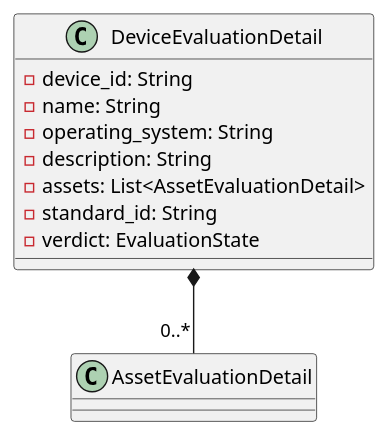
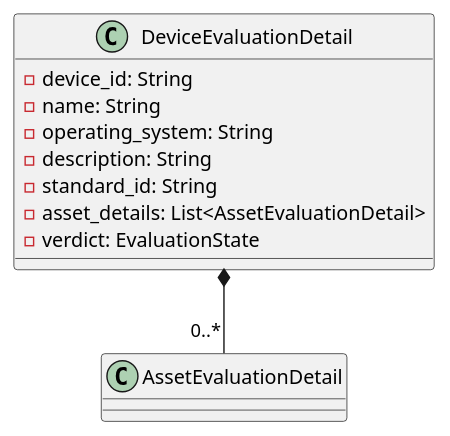
Before and after one commit to GroupRubberDuck/Documentazione: the diagram in src/PB/DocumentazioneEsterna/Specifica_Tecnica/content/uml/puml/Diagrammi_classi/Backend/Domain/DeviceEvaluationDetail.puml, drawn with PlantUML. The commit also changed 24 other files, not shown here.

```diff
--- a/src/PB/DocumentazioneEsterna/Specifica_Tecnica/content/uml/puml/Diagrammi_classi/Backend/Domain/DeviceEvaluationDetail.puml
+++ b/src/PB/DocumentazioneEsterna/Specifica_Tecnica/content/uml/puml/Diagrammi_classi/Backend/Domain/DeviceEvaluationDetail.puml
@@ -1,15 +1,15 @@
 @startuml DeviceEvaluationDetail
 
 class DeviceEvaluationDetail {
     - device_id: String
     - name: String
     - operating_system: String
     - description: String
-    - assets: List<AssetEvaluationDetail>
     - standard_id: String
+    - asset_details: List<AssetEvaluationDetail>
     - verdict: EvaluationState
 }
 
 DeviceEvaluationDetail *--"0..*" AssetEvaluationDetail
 
 @enduml
```
